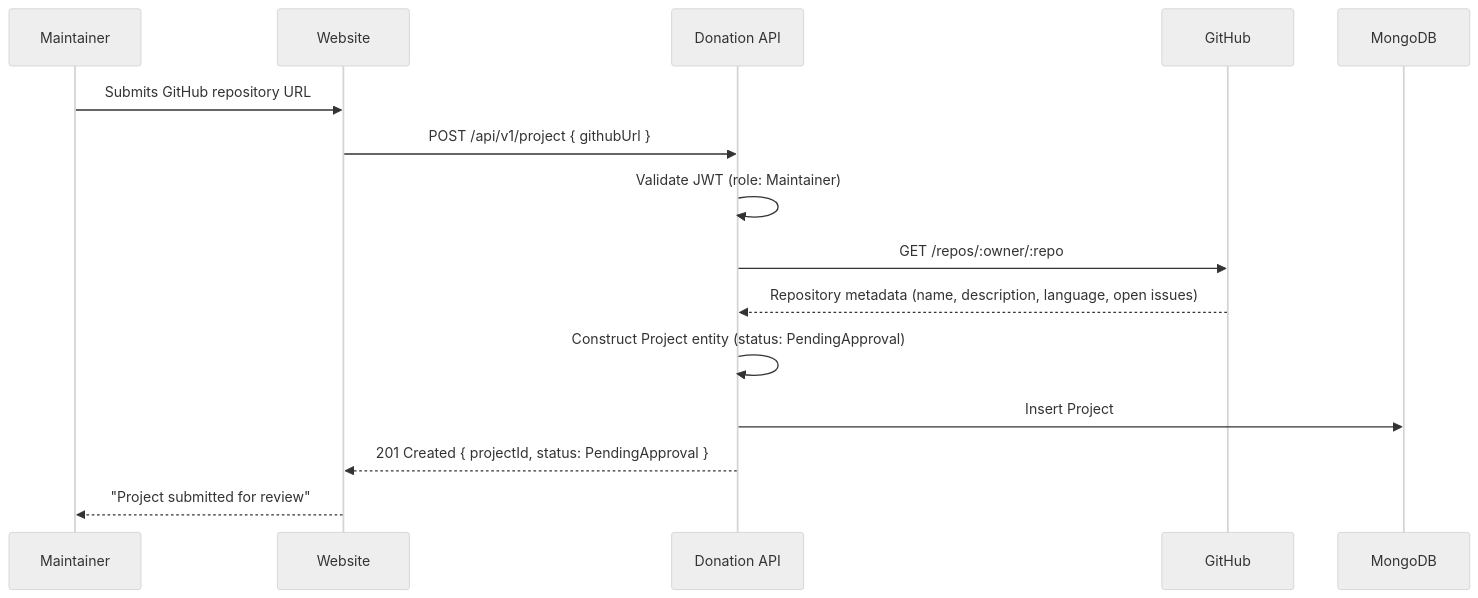
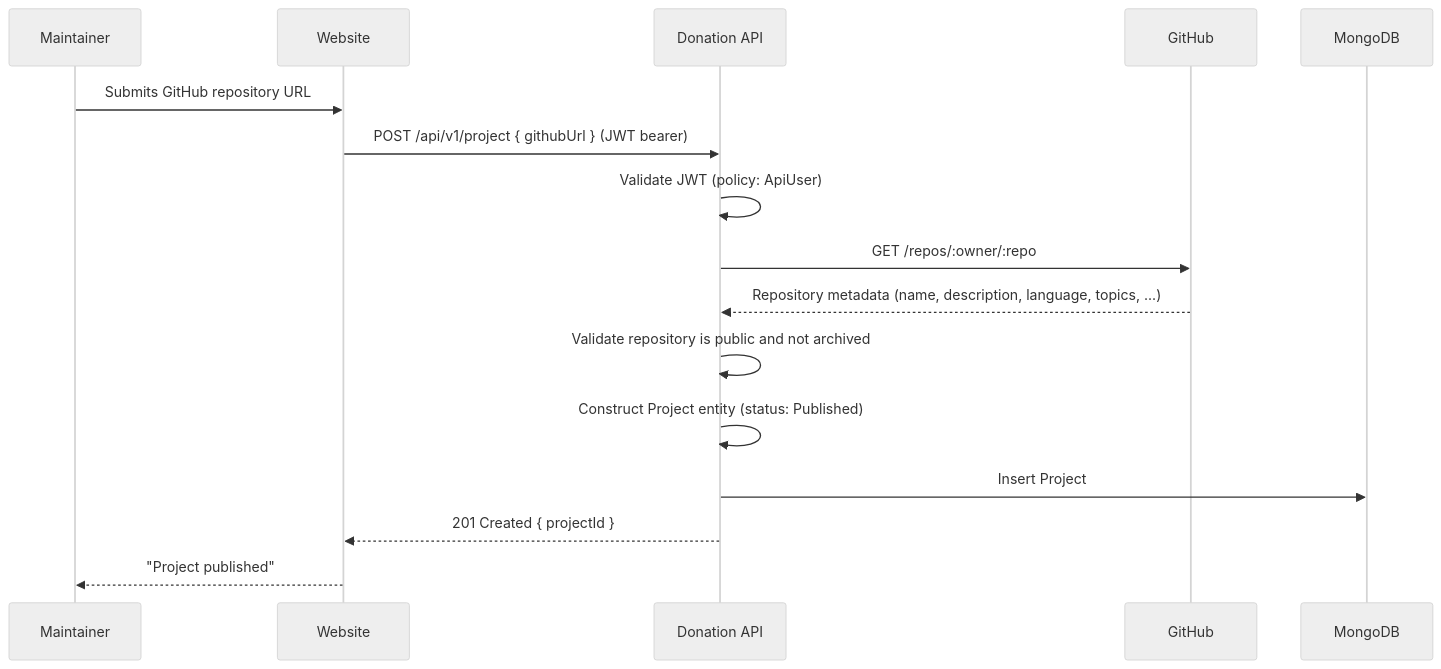
Before and after one commit to wouterfennis/TimeForCode: the first of 6 diagrams in docs/donation/donation-sequence-diagrams.md, drawn with Mermaid (neutral theme). The commit also changed other lines of this file and 38 other files, not shown here.

Commit message:
Mock GitHub API locally, add GithubService unit tests, and real-GitHub compose mode (#36)

````diff
--- a/docs/donation/donation-sequence-diagrams.md
+++ b/docs/donation/donation-sequence-diagrams.md
@@ -17,18 +17,19 @@
 ```mermaid
 sequenceDiagram
     participant Maintainer
     participant Website
     participant DonationAPI as Donation API
     participant GitHub
     participant MongoDB
 
     Maintainer->>Website: Submits GitHub repository URL
-    Website->>DonationAPI: POST /api/v1/project { githubUrl }
-    DonationAPI->>DonationAPI: Validate JWT (role: Maintainer)
+    Website->>DonationAPI: POST /api/v1/project { githubUrl } (JWT bearer)
+    DonationAPI->>DonationAPI: Validate JWT (policy: ApiUser)
     DonationAPI->>GitHub: GET /repos/:owner/:repo
-    GitHub-->>DonationAPI: Repository metadata (name, description, language, open issues)
-    DonationAPI->>DonationAPI: Construct Project entity (status: PendingApproval)
+    GitHub-->>DonationAPI: Repository metadata (name, description, language, topics, ...)
+    DonationAPI->>DonationAPI: Validate repository is public and not archived
+    DonationAPI->>DonationAPI: Construct Project entity (status: Published)
     DonationAPI->>MongoDB: Insert Project
-    DonationAPI-->>Website: 201 Created { projectId, status: PendingApproval }
-    Website-->>Maintainer: "Project submitted for review"
+    DonationAPI-->>Website: 201 Created { projectId }
+    Website-->>Maintainer: "Project published"
 ```
````
